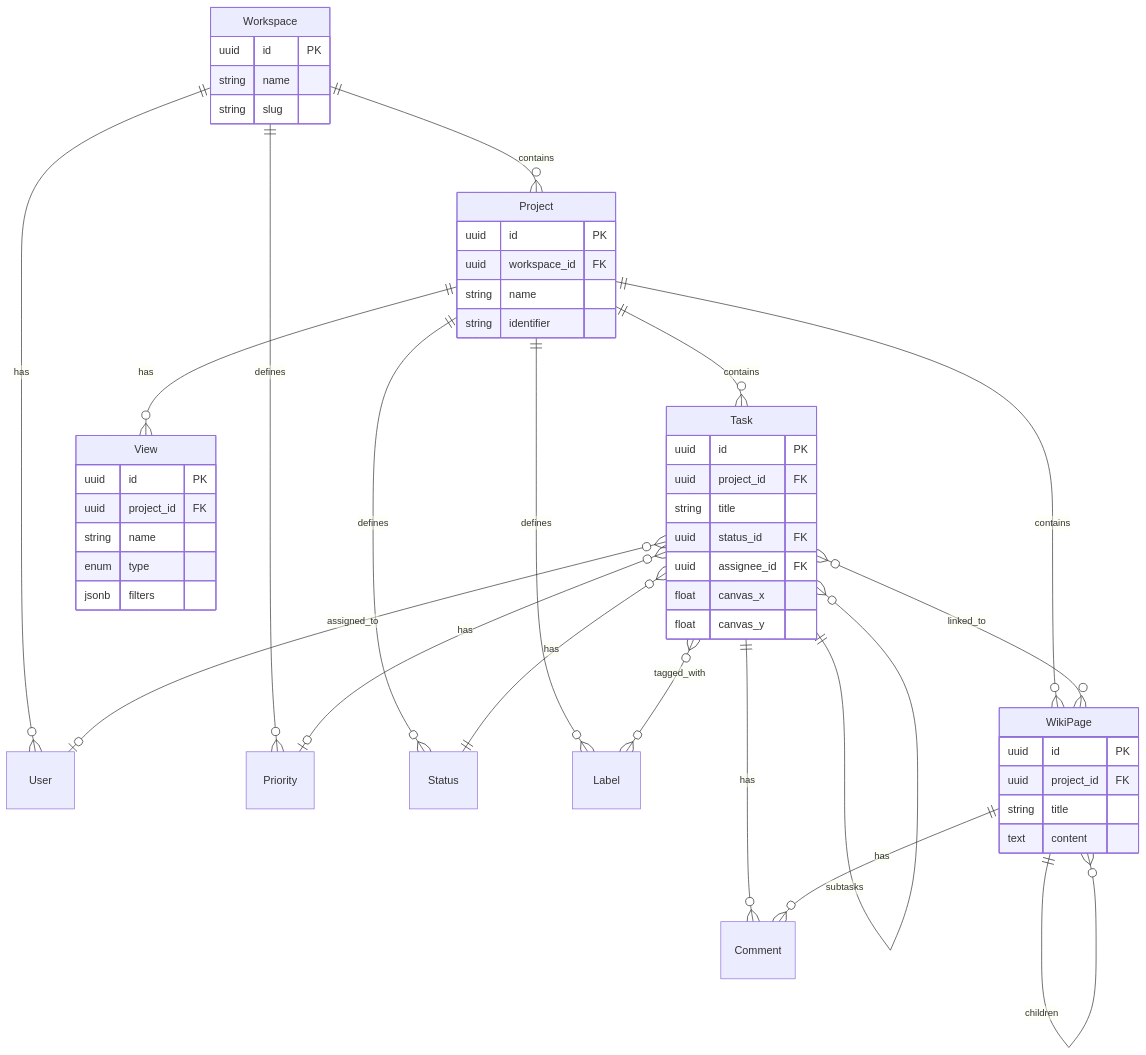
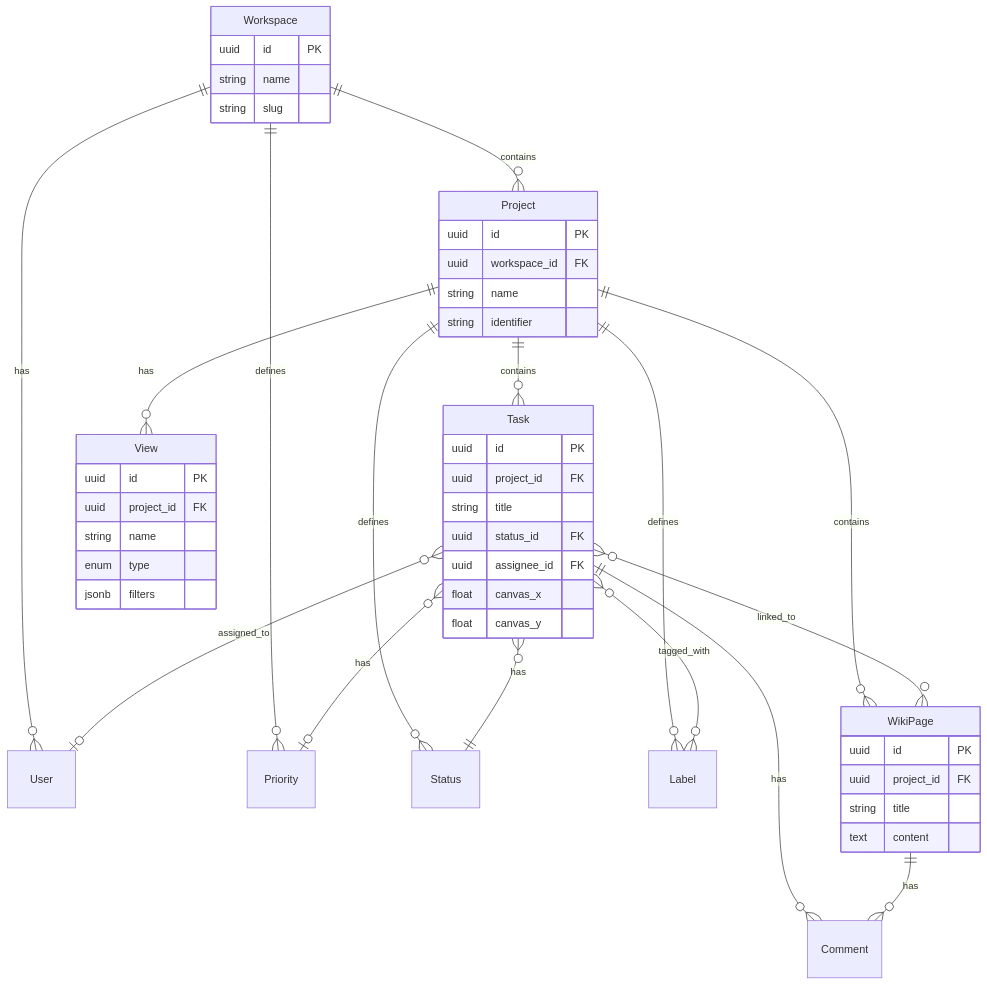
One commit to davras5/task-canvas changed the diagram in DATA-MODEL.md. Above: the diagram before and after it, drawn with Mermaid. The commit also changed other lines of this file, not shown here.

````diff
--- a/DATA-MODEL.md
+++ b/DATA-MODEL.md
@@ -7,61 +7,59 @@
 ```mermaid
 erDiagram
     Workspace ||--o{ Project : contains
     Workspace ||--o{ User : has
     Workspace ||--o{ Priority : defines
     
     Project ||--o{ Task : contains
     Project ||--o{ Status : defines
     Project ||--o{ Label : defines
     Project ||--o{ WikiPage : contains
     Project ||--o{ View : has
     
-    Task ||--o{ Task : subtasks
     Task }o--|| Status : has
     Task }o--o| Priority : has
     Task }o--o| User : assigned_to
     Task ||--o{ Comment : has
     Task }o--o{ Label : tagged_with
     Task }o--o{ WikiPage : linked_to
     
-    WikiPage ||--o{ WikiPage : children
     WikiPage ||--o{ Comment : has
     
     Workspace {
         uuid id PK
         string name
         string slug
     }
     
     Project {
         uuid id PK
         uuid workspace_id FK
         string name
         string identifier
     }
     
     Task {
         uuid id PK
         uuid project_id FK
         string title
         uuid status_id FK
         uuid assignee_id FK
         float canvas_x
         float canvas_y
     }
     
     WikiPage {
         uuid id PK
         uuid project_id FK
         string title
         text content
     }
     
     View {
         uuid id PK
         uuid project_id FK
         string name
         enum type
         jsonb filters
     }
 ```
````
